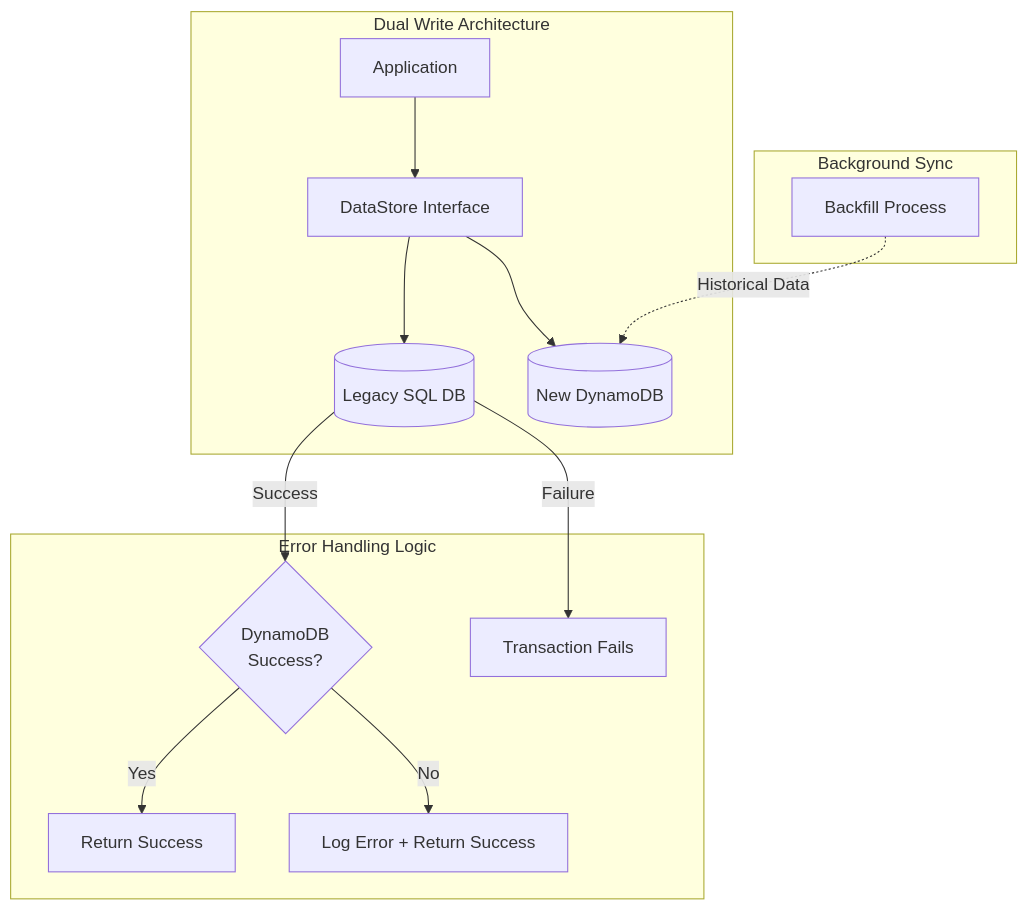
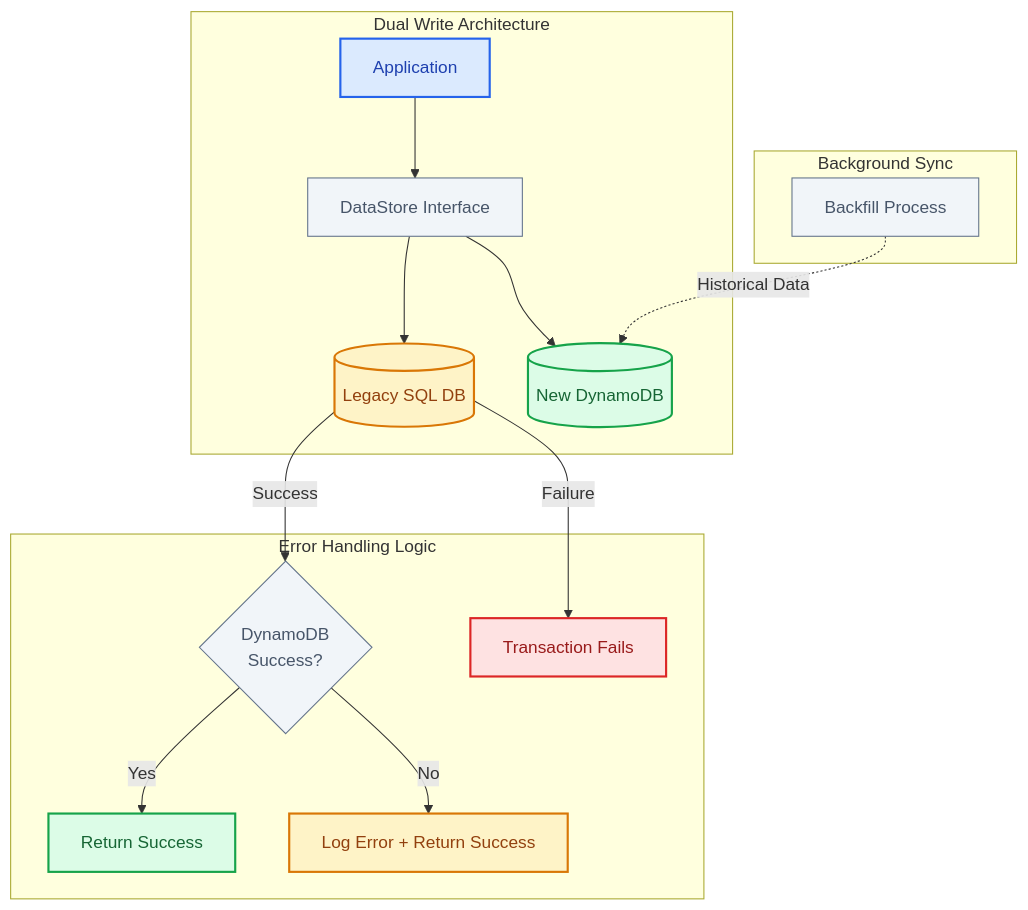
One commit to udaytamma/Cyrus changed the third of 4 diagrams in gemini-responses/branch-by-abstraction-20260120-0919.md. Above: the diagram before and after it, drawn with Mermaid. The commit also changed other lines of this file and 28 other files, not shown here.

First line of the commit message:
Upgrade Knowledge Base Mermaid diagrams to professional styling

````diff
--- a/gemini-responses/branch-by-abstraction-20260120-0919.md
+++ b/gemini-responses/branch-by-abstraction-20260120-0919.md
@@ -126,19 +143,35 @@
 ```mermaid
 flowchart TB
-    subgraph "Dual Write Architecture"
+    subgraph DualWrite["Dual Write Architecture"]
         App[Application] --> DS[DataStore Interface]
         DS --> SQL[(Legacy SQL DB)]
         DS --> DDB[(New DynamoDB)]
     end
 
-    subgraph "Error Handling Logic"
+    subgraph ErrorHandling["Error Handling Logic"]
         SQL -->|Success| Check{DynamoDB<br/>Success?}
         SQL -->|Failure| Fail[Transaction Fails]
         Check -->|Yes| OK[Return Success]
         Check -->|No| Log[Log Error + Return Success]
     end
 
-    subgraph "Background Sync"
+    subgraph BackgroundSync["Background Sync"]
         Backfill[Backfill Process] -.->|Historical Data| DDB
     end
+
+    classDef primary fill:#dbeafe,stroke:#2563eb,color:#1e40af,stroke-width:2px
+    classDef success fill:#dcfce7,stroke:#16a34a,color:#166534,stroke-width:2px
+    classDef warning fill:#fef3c7,stroke:#d97706,color:#92400e,stroke-width:2px
+    classDef error fill:#fee2e2,stroke:#dc2626,color:#991b1b,stroke-width:2px
+    classDef neutral fill:#f1f5f9,stroke:#64748b,color:#475569,stroke-width:1px
+
+    class App primary
+    class DS neutral
+    class SQL warning
+    class DDB success
+    class Check neutral
+    class OK success
+    class Fail error
+    class Log warning
+    class Backfill neutral
 ```
````
